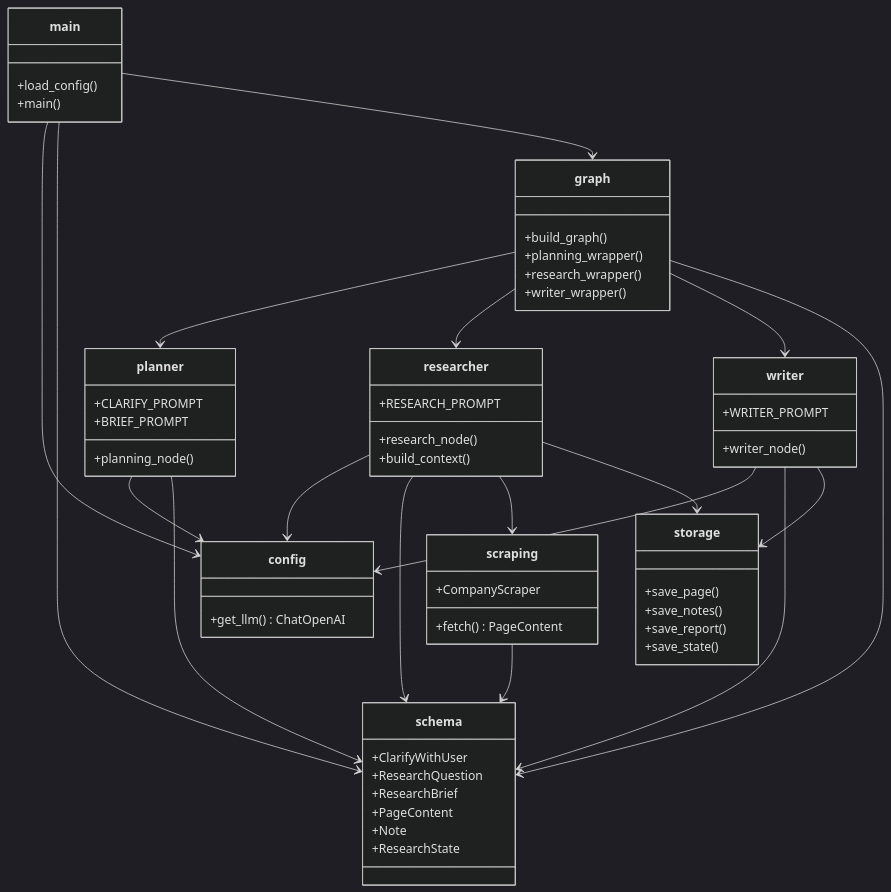
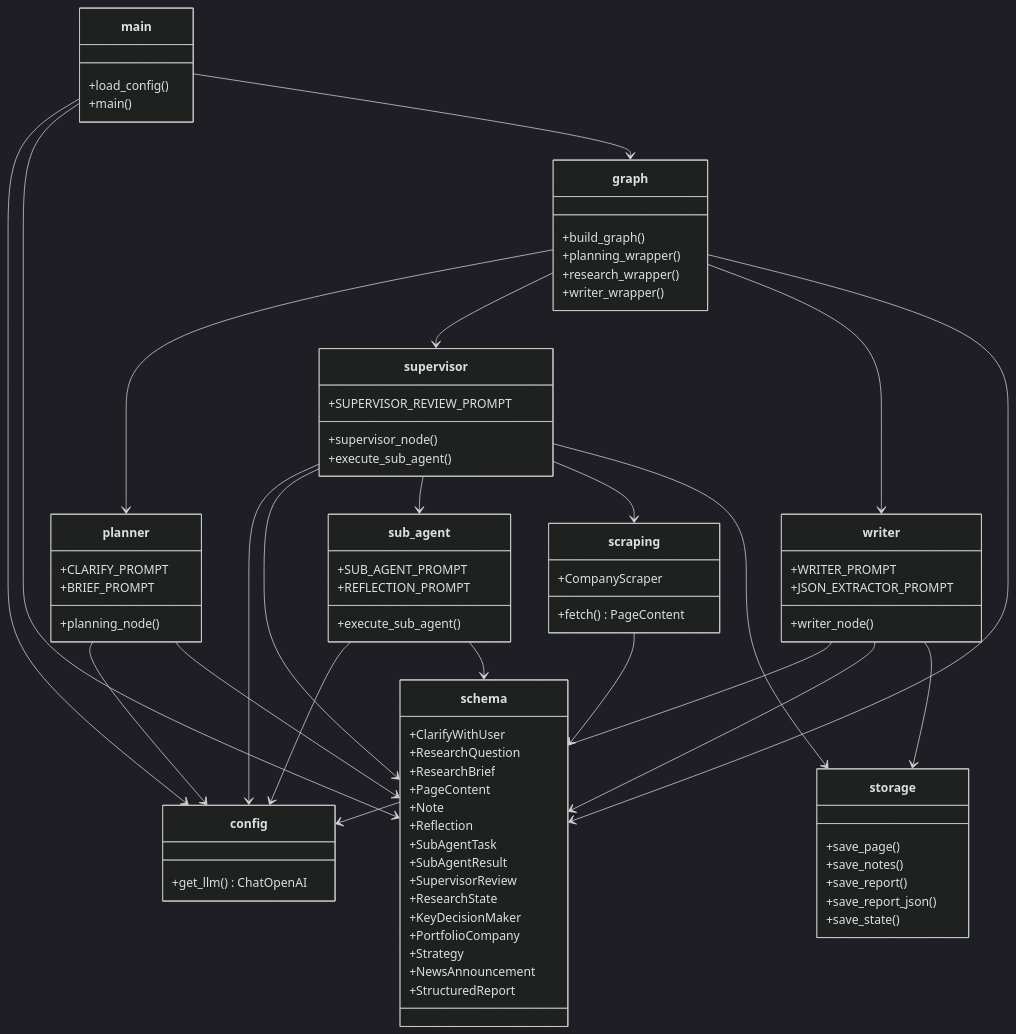
One commit to dvm81/deep changed the fourth of 5 diagrams in SYSTEM_ARCHITECTURE.md. Above: the diagram before and after it, drawn with Mermaid (dark theme). The commit also changed other lines of this file and 1 other file, not shown here.

```diff
--- a/SYSTEM_ARCHITECTURE.md
+++ b/SYSTEM_ARCHITECTURE.md
@@ -148,7 +161,16 @@
         +ResearchBrief
         +PageContent
         +Note
+        +Reflection
+        +SubAgentTask
+        +SubAgentResult
+        +SupervisorReview
         +ResearchState
+        +KeyDecisionMaker
+        +PortfolioCompany
+        +Strategy
+        +NewsAnnouncement
+        +StructuredReport
     }
 
     class scraping {
@@ -160,6 +182,7 @@
         +save_page()
         +save_notes()
         +save_report()
+        +save_report_json()
         +save_state()
     }
 
@@ -169,15 +192,22 @@
         +BRIEF_PROMPT
     }
 
-    class researcher {
-        +research_node()
-        +build_context()
-        +RESEARCH_PROMPT
+    class supervisor {
+        +supervisor_node()
+        +execute_sub_agent()
+        +SUPERVISOR_REVIEW_PROMPT
+    }
+
+    class sub_agent {
+        +execute_sub_agent()
+        +SUB_AGENT_PROMPT
+        +REFLECTION_PROMPT
     }
 
     class writer {
         +writer_node()
         +WRITER_PROMPT
+        +JSON_EXTRACTOR_PROMPT
     }
 
     class graph {
@@ -192,17 +222,21 @@
     main --> graph
 
     graph --> planner
-    graph --> researcher
+    graph --> supervisor
     graph --> writer
     graph --> schema
 
     planner --> config
     planner --> schema
 
-    researcher --> config
-    researcher --> schema
-    researcher --> scraping
-    researcher --> storage
+    supervisor --> config
+    supervisor --> schema
+    supervisor --> sub_agent
+    supervisor --> scraping
+    supervisor --> storage
+
+    sub_agent --> config
+    sub_agent --> schema
 
     writer --> config
     writer --> schema
```
